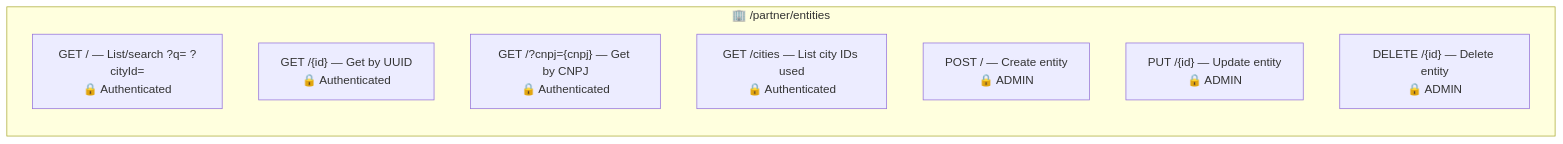
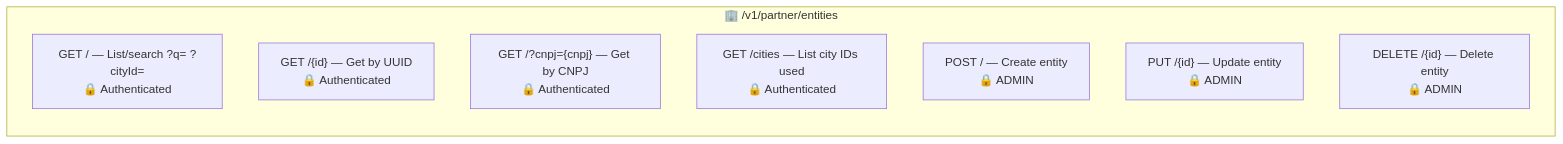
The second of 5 diagrams in src/main/java/br/org/catolicasc/pug/partner/README.md (Plataforma-Universidade-Gratuita/pug-service), drawn with Mermaid before and after one commit. The commit also changed other lines of this file and 137 other files, not shown here.

````diff
--- a/src/main/java/br/org/catolicasc/pug/partner/README.md
+++ b/src/main/java/br/org/catolicasc/pug/partner/README.md
@@ -61,13 +61,13 @@
 ```mermaid
 graph LR
-    subgraph Entities["🏢 /partner/entities"]
+    subgraph Entities["🏢 /v1/partner/entities"]
         direction TB
         GET_LIST["GET / — List/search ?q= ?cityId=<br/>🔒 Authenticated"]
         GET_ID["GET /{id} — Get by UUID<br/>🔒 Authenticated"]
         GET_CNPJ["GET /?cnpj={cnpj} — Get by CNPJ<br/>🔒 Authenticated"]
         GET_CITIES["GET /cities — List city IDs used<br/>🔒 Authenticated"]
         POST["POST / — Create entity<br/>🔒 ADMIN"]
         PUT["PUT /{id} — Update entity<br/>🔒 ADMIN"]
         DELETE["DELETE /{id} — Delete entity<br/>🔒 ADMIN"]
     end
 ```
````
